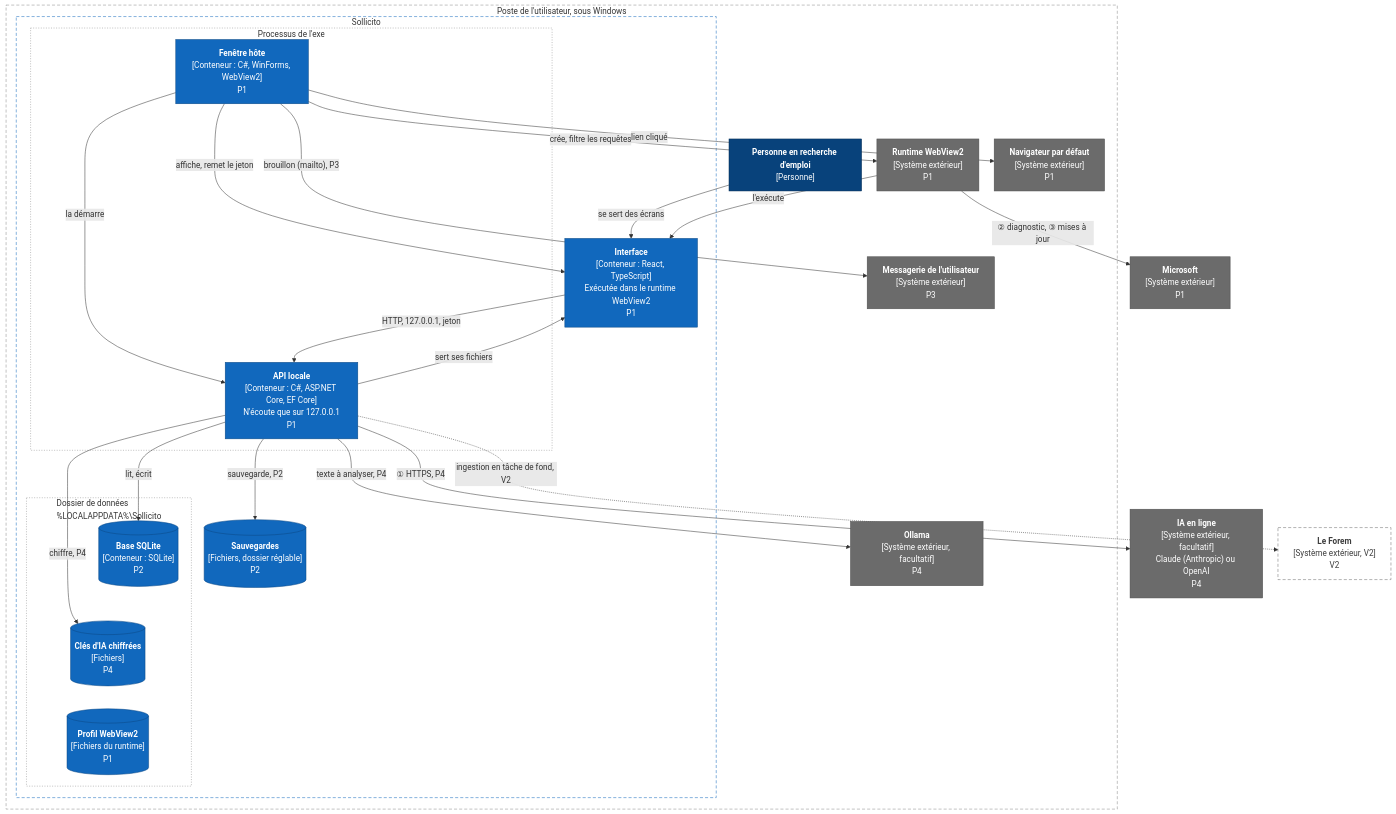
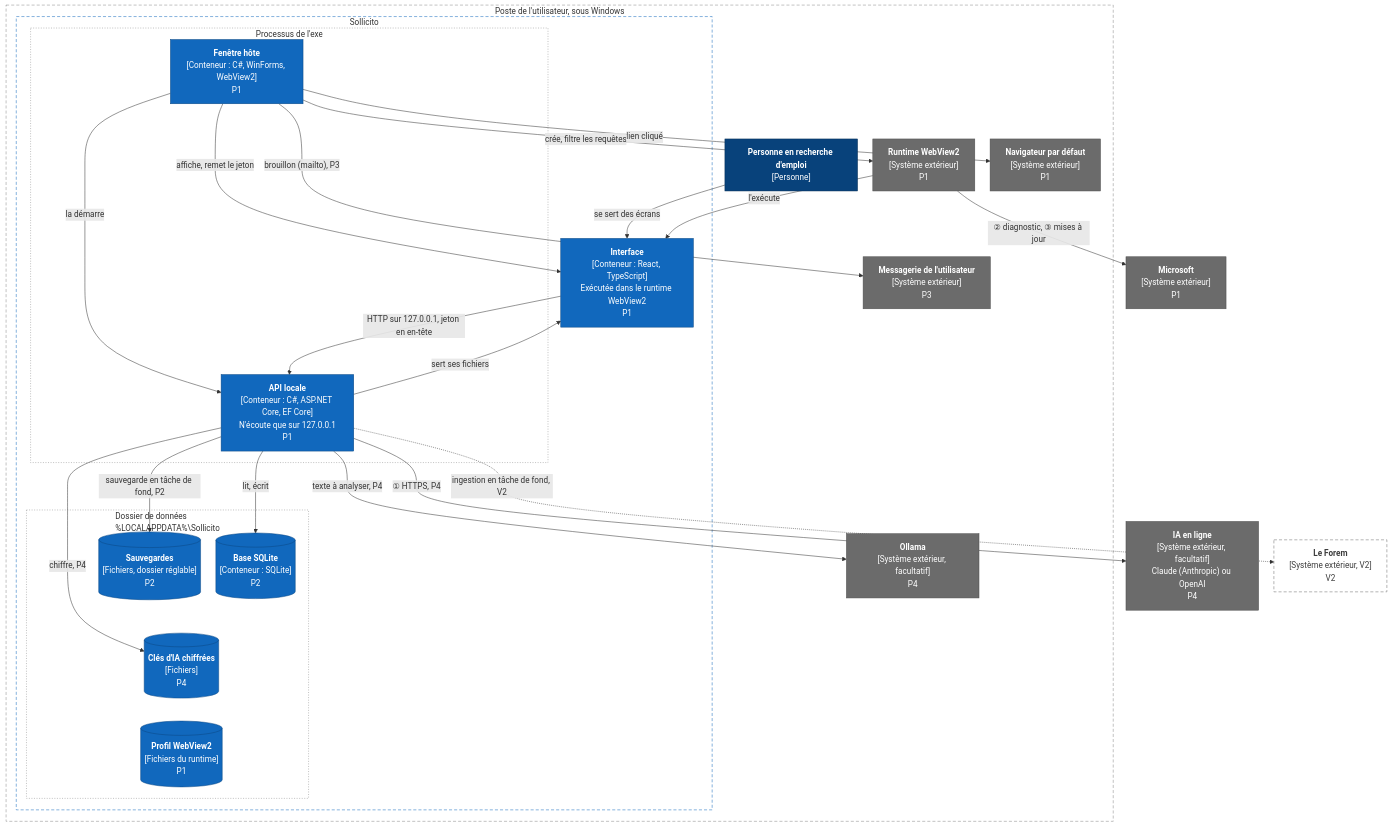
The second of 2 diagrams in docs/vues-d-architecture.md (moonn1000/sollicito), drawn with Mermaid before and after one commit. The commit also changed other lines of this file and 2 other files, not shown here.

Commit message:
docs(architecture): jeton en en-tête, sauvegarde en tâche de fond (#26), le tableau des cas fait foi

````diff
--- a/docs/vues-d-architecture.md
+++ b/docs/vues-d-architecture.md
@@ -82,65 +82,65 @@
 ```mermaid
 ---
 config:
   flowchart:
     nodeSpacing: 30
     rankSpacing: 45
 ---
 flowchart TB
     subgraph poste["Poste de l'utilisateur, sous Windows"]
         personne["<b>Personne en recherche d'emploi</b><br>[Personne]"]
         subgraph sollicito["Sollicito"]
             interface["<b>Interface</b><br>[Conteneur : React, TypeScript]<br>Exécutée dans le runtime WebView2<br>P1"]
             subgraph processus["Processus de l'exe"]
                 fenetre["<b>Fenêtre hôte</b><br>[Conteneur : C#, WinForms, WebView2]<br>P1"]
                 api["<b>API locale</b><br>[Conteneur : C#, ASP.NET Core, EF Core]<br>N'écoute que sur 127.0.0.1<br>P1"]
             end
             subgraph donnees["Dossier de données<br>%LOCALAPPDATA%\Sollicito"]
                 base[("<b>Base SQLite</b><br>[Conteneur : SQLite]<br>P2")]
                 cles[("<b>Clés d'IA chiffrées</b><br>[Fichiers]<br>P4")]
                 profil[("<b>Profil WebView2</b><br>[Fichiers du runtime]<br>P1")]
+                sauvegardes[("<b>Sauvegardes</b><br>[Fichiers, dossier réglable]<br>P2")]
             end
-            sauvegardes[("<b>Sauvegardes</b><br>[Fichiers, dossier réglable]<br>P2")]
         end
         runtime["<b>Runtime WebView2</b><br>[Système extérieur]<br>P1"]
         navigateur["<b>Navigateur par défaut</b><br>[Système extérieur]<br>P1"]
         messagerie["<b>Messagerie de l'utilisateur</b><br>[Système extérieur]<br>P3"]
         ollama["<b>Ollama</b><br>[Système extérieur, facultatif]<br>P4"]
     end
 
     ia["<b>IA en ligne</b><br>[Système extérieur, facultatif]<br>Claude (Anthropic) ou OpenAI<br>P4"]
     microsoft["<b>Microsoft</b><br>[Système extérieur]<br>P1"]
     forem["<b>Le Forem</b><br>[Système extérieur, V2]<br>V2"]
 
     personne -- "se sert des écrans" --> interface
     fenetre -- "la démarre" --> api
     fenetre -- "affiche, remet le jeton" --> interface
-    interface -- "HTTP, 127.0.0.1, jeton" --> api
+    interface -- "HTTP sur 127.0.0.1, jeton en en-tête" --> api
     api -- "sert ses fichiers" --> interface
     fenetre -- "crée, filtre les requêtes" --> runtime
     runtime -- "l'exécute" --> interface
     api -- "lit, écrit" --> base
     api -- "chiffre, P4" --> cles
-    api -- "sauvegarde, P2" --> sauvegardes
+    api -- "sauvegarde en tâche de fond, P2" --> sauvegardes
     fenetre -- "lien cliqué" --> navigateur
     fenetre -- "brouillon (mailto), P3" --> messagerie
     api -- "texte à analyser, P4" --> ollama
     api -- "① HTTPS, P4" --> ia
     runtime -- "② diagnostic, ③ mises à jour" --> microsoft
     api -. "ingestion en tâche de fond, V2" .-> forem
     base ~~~ cles ~~~ profil
     navigateur ~~~ messagerie
 
     classDef personne fill:#08427b,stroke:#052e56,color:#ffffff
     classDef conteneur fill:#1168bd,stroke:#0b4884,color:#ffffff
     classDef exterieur fill:#6b6b6b,stroke:#4d4d4d,color:#ffffff
     classDef v2 fill:#ffffff,stroke:#6b6b6b,color:#3d3d3d,stroke-dasharray:6 4
     class personne personne
     class fenetre,api,interface,base,profil,cles,sauvegardes conteneur
     class runtime,navigateur,messagerie,ollama,ia,microsoft exterieur
     class forem v2
     style poste fill:none,stroke:#888888,stroke-dasharray:6 4
     style sollicito fill:none,stroke:#1168bd,stroke-dasharray:6 4
     style processus fill:none,stroke:#888888,stroke-dasharray:2 3
     style donnees fill:none,stroke:#888888,stroke-dasharray:2 3
 ```
````
